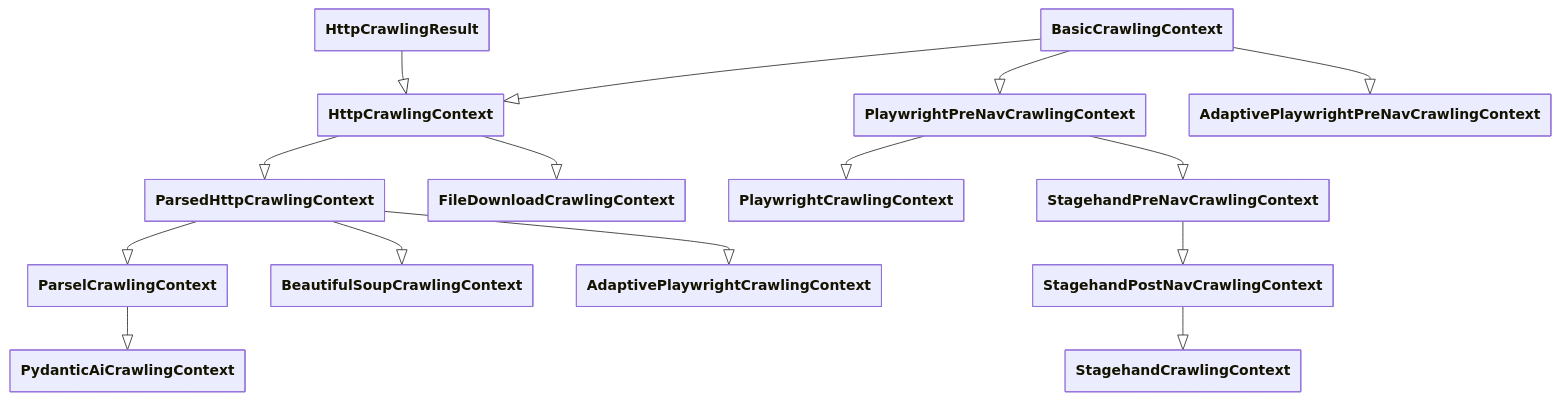
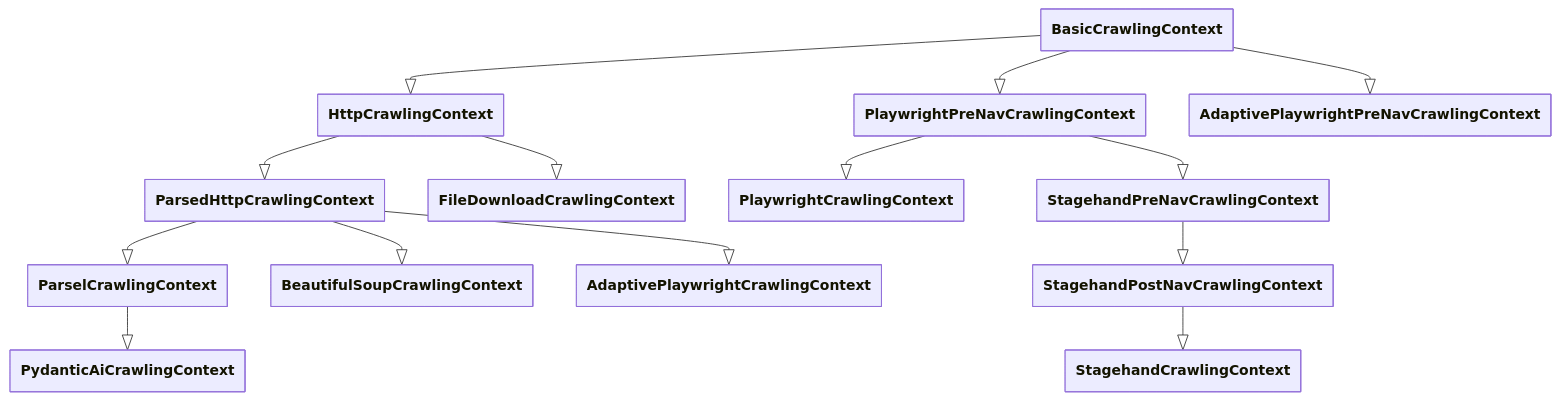
One commit to apify/crawlee-python changed the second of 5 diagrams in docs/guides/architecture_overview.mdx. Above: the diagram before and after it, drawn with Mermaid. The commit also changed 6 other files, not shown here.

Commit message:
remove `HttpCrawlingResult`

````diff
--- a/docs/guides/architecture_overview.mdx
+++ b/docs/guides/architecture_overview.mdx
@@ -106,75 +106,71 @@
 ```mermaid
 ---
 config:
     class:
         hideEmptyMembersBox: true
 ---
 
 classDiagram
 
 %% ========================
 %% Classes
 %% ========================
 
 class BasicCrawlingContext
 
 class HttpCrawlingContext
-
-class HttpCrawlingResult
 
 class ParsedHttpCrawlingContext
 
 class ParselCrawlingContext
 
 class BeautifulSoupCrawlingContext
 
 class PydanticAiCrawlingContext
 
 class FileDownloadCrawlingContext
 
 class PlaywrightPreNavCrawlingContext
 
 class PlaywrightCrawlingContext
 
 class AdaptivePlaywrightPreNavCrawlingContext
 
 class AdaptivePlaywrightCrawlingContext
 
 class StagehandPreNavCrawlingContext
 
 class StagehandPostNavCrawlingContext
 
 class StagehandCrawlingContext
 
 %% ========================
 %% Inheritance arrows
 %% ========================
 
 BasicCrawlingContext --|> HttpCrawlingContext
 
-HttpCrawlingResult --|> HttpCrawlingContext
-
 HttpCrawlingContext --|> ParsedHttpCrawlingContext
 
 ParsedHttpCrawlingContext --|> ParselCrawlingContext
 
 ParsedHttpCrawlingContext --|> BeautifulSoupCrawlingContext
 
 ParselCrawlingContext --|> PydanticAiCrawlingContext
 
 HttpCrawlingContext --|> FileDownloadCrawlingContext
 
 BasicCrawlingContext --|> PlaywrightPreNavCrawlingContext
 
 PlaywrightPreNavCrawlingContext --|> PlaywrightCrawlingContext
 
 BasicCrawlingContext --|> AdaptivePlaywrightPreNavCrawlingContext
 
 ParsedHttpCrawlingContext --|> AdaptivePlaywrightCrawlingContext
 
 PlaywrightPreNavCrawlingContext --|> StagehandPreNavCrawlingContext
 
 StagehandPreNavCrawlingContext --|> StagehandPostNavCrawlingContext
 
 StagehandPostNavCrawlingContext --|> StagehandCrawlingContext
 ```
````
